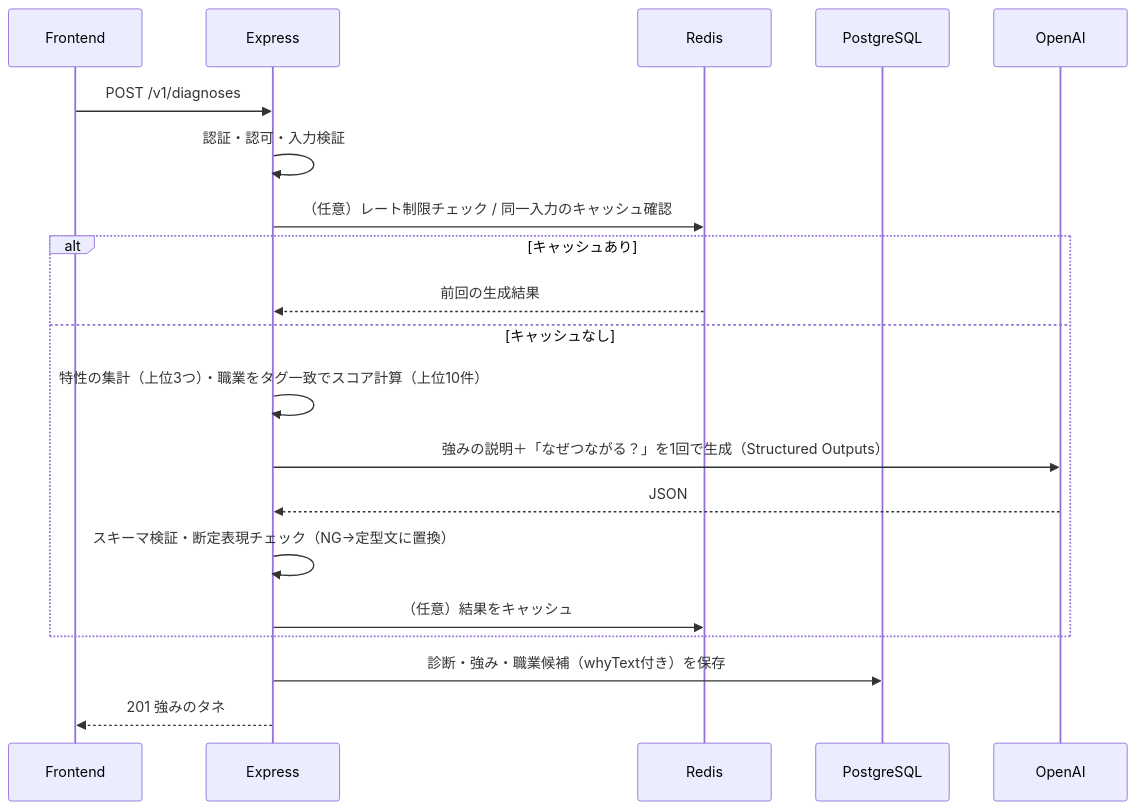
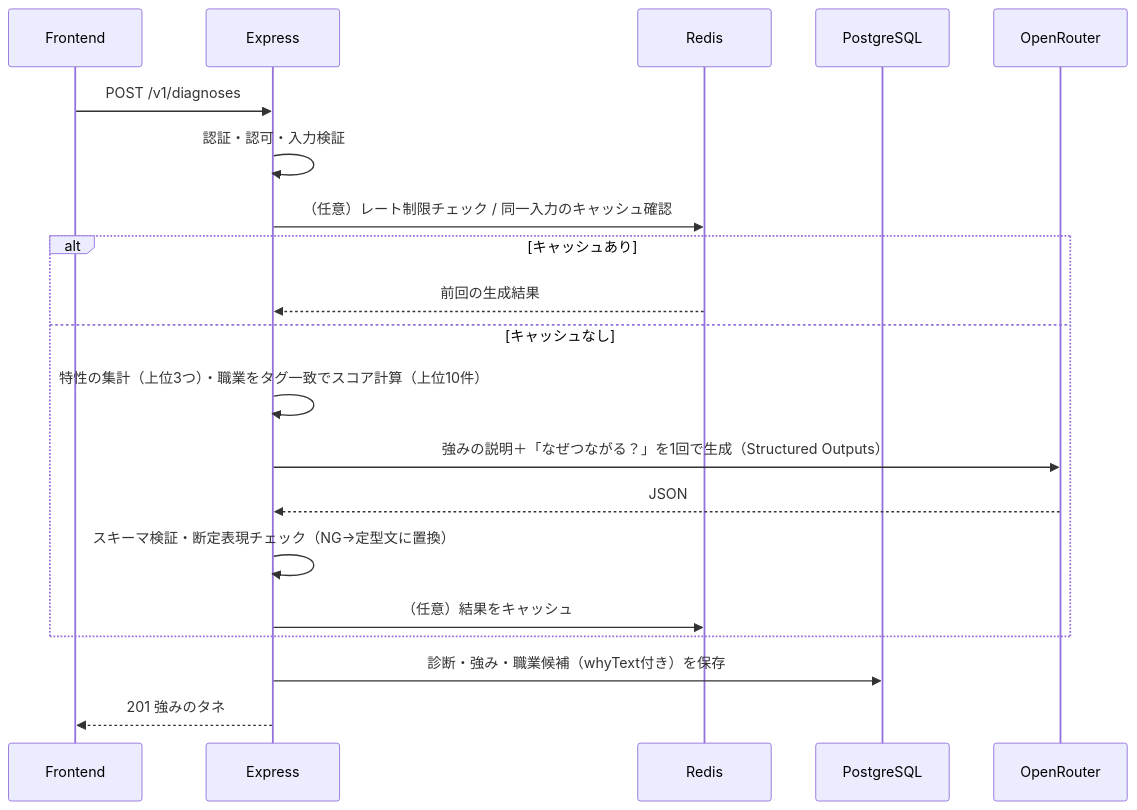
Before and after one commit to AkikoFujikawa/shigoto-mikke: the diagram in docs/plan/API設計.md, drawn with Mermaid. The commit also changed 4 other files, not shown here.

````diff
--- a/docs/plan/API設計.md
+++ b/docs/plan/API設計.md
@@ -225,22 +225,22 @@
 ```mermaid
 sequenceDiagram
   participant F as Frontend
   participant A as Express
   participant R as Redis
   participant D as PostgreSQL
-  participant O as OpenAI
+  participant O as OpenRouter
   F->>A: POST /v1/diagnoses
   A->>A: 認証・認可・入力検証
   A->>R: （任意）レート制限チェック / 同一入力のキャッシュ確認
   alt キャッシュあり
     R-->>A: 前回の生成結果
   else キャッシュなし
     A->>A: 特性の集計（上位3つ）・職業をタグ一致でスコア計算（上位10件）
     A->>O: 強みの説明＋「なぜつながる？」を1回で生成（Structured Outputs）
     O-->>A: JSON
     A->>A: スキーマ検証・断定表現チェック（NG→定型文に置換）
     A->>R: （任意）結果をキャッシュ
   end
   A->>D: 診断・強み・職業候補（whyText付き）を保存
   A-->>F: 201 強みのタネ
 ```
````
